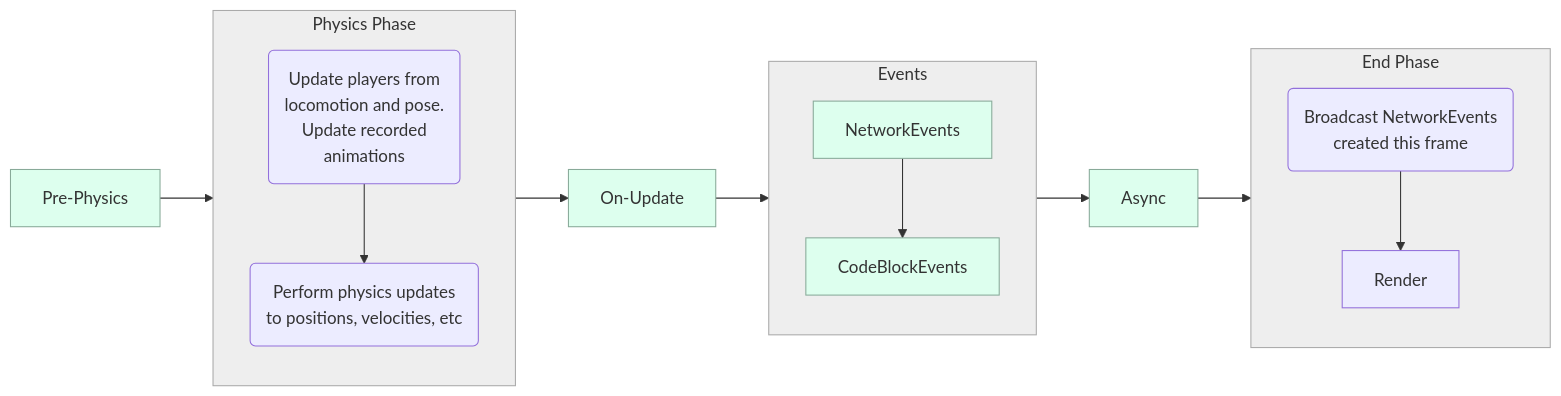
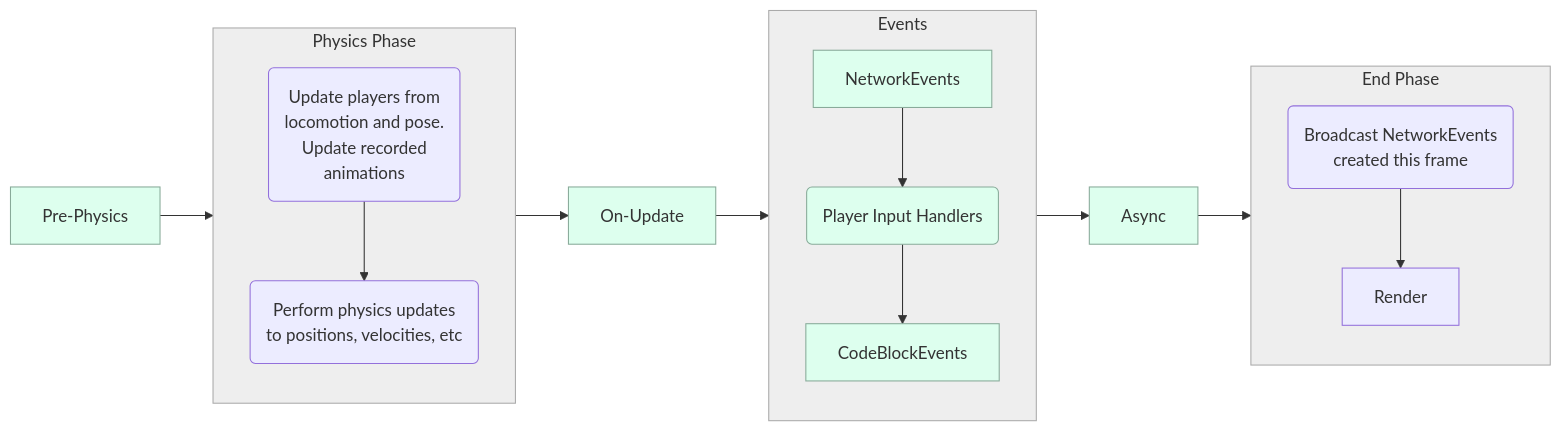
One commit to MHCPCreators/horizonCreatorManual changed the fifth of 8 diagrams in HorizonTechnicalDoc.md. Above: the diagram before and after it, drawn with Mermaid. The commit also changed other lines of this file and 1 other file, not shown here.

````diff
--- a/HorizonTechnicalDoc.md
+++ b/HorizonTechnicalDoc.md
@@ -1823,27 +1792,28 @@
 ```mermaid
 flowchart LR
   subgraph Physics [Physics Phase]
     locomotion(Update players from<br/>locomotion and pose.<br/>Update recorded<br/>animations) --> physicsStep(Perform physics updates<br/>to positions, velocities, etc)
   end
 
   subgraph Events
-    NetworkEvents --> CodeBlockEvents
+    NetworkEvents --> PlayerInputHandlers(Player Input Handlers) --> CodeBlockEvents
   end
 
   subgraph EndFrame [End Phase]
     broadcast(Broadcast NetworkEvents<br/>created this frame) --> Render
   end
 
   Pre-Physics --> Physics --> On-Update --> Events --> Async --> EndFrame
 
   style Physics fill:#eee,stroke:#aaa
   style Events fill:#eee,stroke:#aaa
   style EndFrame fill:#eee,stroke:#aaa
 
   %% Scripting
   style Async fill:#dfe,stroke:#8a9
   style Pre-Physics fill:#dfe,stroke:#8a9
   style On-Update fill:#dfe,stroke:#8a9
   style NetworkEvents fill:#dfe,stroke:#8a9
+  style PlayerInputHandlers fill:#dfe,stroke:#8a9
   style CodeBlockEvents fill:#dfe,stroke:#8a9
 ```
````
